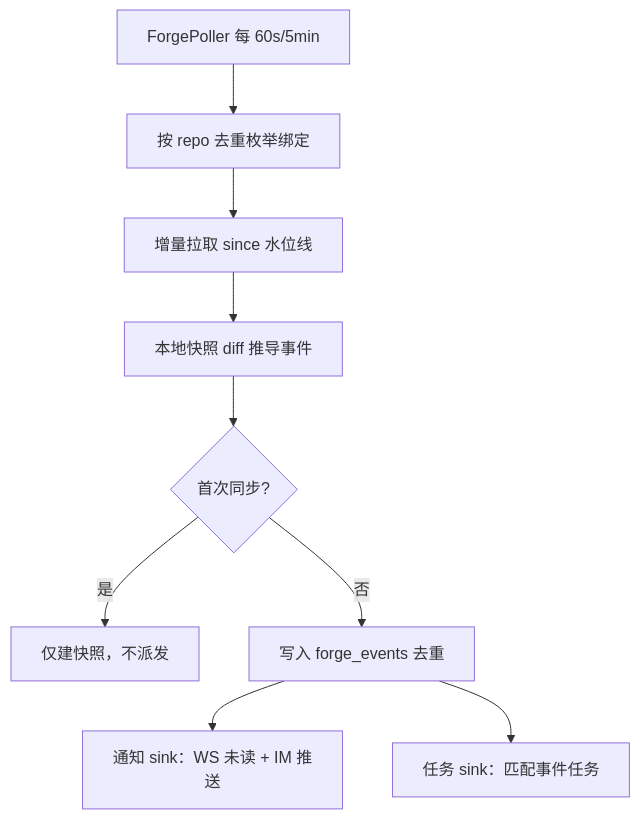
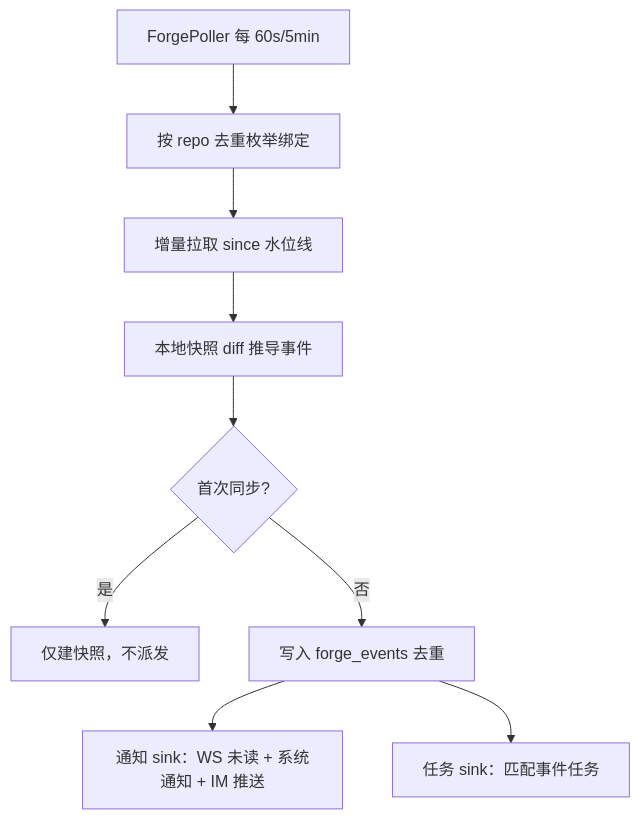
One commit to clawbench-dev/clawbench changed the third of 5 diagrams in docs/spec/features/forge-integration.md. Above: the diagram before and after it, drawn with Mermaid. The commit also changed other lines of this file and 15 other files, not shown here.

````diff
--- a/docs/spec/features/forge-integration.md
+++ b/docs/spec/features/forge-integration.md
@@ -48,11 +48,11 @@
 ```mermaid
 flowchart TD
     A[ForgePoller 每 60s/5min] --> B[按 repo 去重枚举绑定]
     B --> C[增量拉取 since 水位线]
     C --> D[本地快照 diff 推导事件]
     D --> E{首次同步?}
     E -->|是| F[仅建快照，不派发]
     E -->|否| G[写入 forge_events 去重]
-    G --> H[通知 sink：WS 未读 + IM 推送]
+    G --> H[通知 sink：WS 未读 + 系统通知 + IM 推送]
     G --> I[任务 sink：匹配事件任务]
 ```
````
